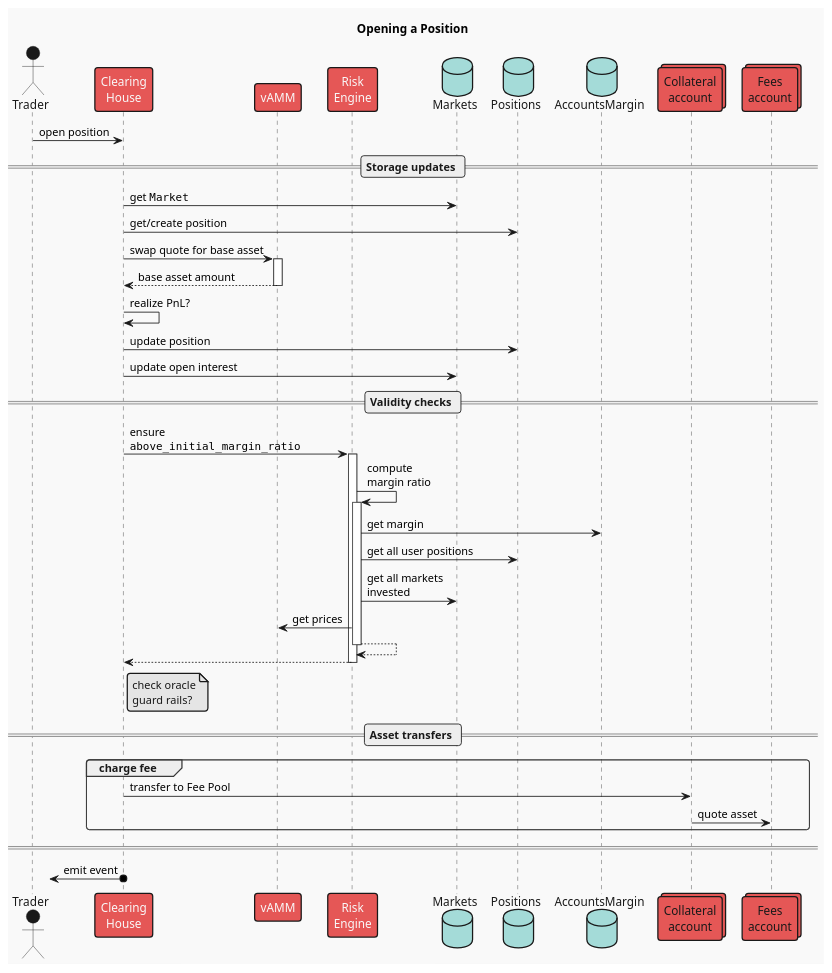
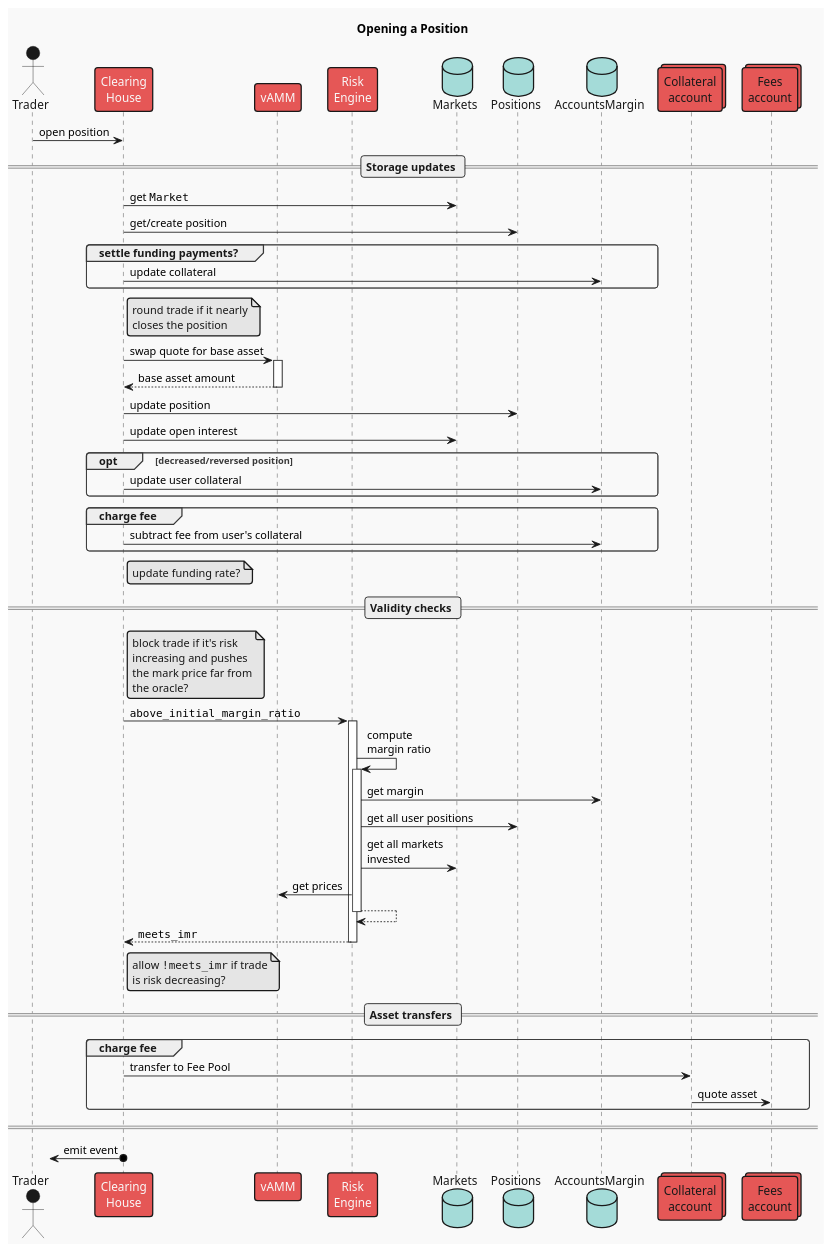
One commit to ComposableFi/composable changed the diagram in frame/clearing-house/diagrams/open-position.plantuml. Above: the diagram before and after it, drawn with PlantUML.

Commit message:
docs(CH): update open_position seq diagram
CU-225yjtt[IN REVIEW]

```diff
--- a/frame/clearing-house/diagrams/open-position.plantuml
+++ b/frame/clearing-house/diagrams/open-position.plantuml
@@ -1,58 +1,86 @@
 @startuml open_position
 !theme mars
 skinparam responseMessageBelowArrow true
 
 title Opening a Position
 
 actor "Trader" as user
 participant "Clearing\nHouse" as ch
 participant "vAMM" as vamm
 participant "Risk\nEngine" as risk
 database "Markets" as mkts
 database "Positions" as positions
 database "AccountsMargin" as accs
 collections "Collateral\naccount" as vault
 collections "Fees\naccount" as fees
 
 user -> ch : open position
 
 == Storage updates ==
 
 ch -> mkts : get ""Market""
 ch -> positions : get/create position
 'note right CH: compute quote asset\nnotional amount
 
+group settle funding payments?
+ch -> accs : update collateral
+end
+
+note right ch
+round trade if it nearly
+closes the position
+end note
 ch -> vamm ++ : swap quote for base asset
 return base asset amount
-
-ch -> ch : realize PnL?
 
 ch -> positions : update position
 ch -> mkts : update open interest
 
+
+opt decreased/reversed position
+ch -> accs : update user collateral
+end
+
+group charge fee
+ch -> accs : subtract fee from user's collateral
+end
+
+note right ch
+update funding rate?
+end note
+
 == Validity checks ==
 
+note right ch
+block trade if it's risk
+increasing and pushes
+the mark price far from
+the oracle?
+end note
+
 'RiskEngine
-ch -> risk ++: ensure\n""above_initial_margin_ratio""
+ch -> risk ++: ""above_initial_margin_ratio""
     risk -> risk ++: compute\nmargin ratio
         risk -> accs : get margin
         risk -> positions : get all user positions
         risk -> mkts : get all markets\ninvested
         risk -> vamm : get prices
     return
-return
-'note right ch : ensure margin ratio\nabove MMR
+return ""meets_imr""
 
-note right ch : check oracle\nguard rails?
+note right ch
+allow ""!meets_imr"" if trade
+is risk decreasing?
+end note
 
 == Asset transfers ==
 
 group charge fee
 ch -> vault : transfer to Fee Pool
 vault -> fees : quote asset
 end
 
 ====
 
 ?<-o ch : emit event
 @enduml
```
